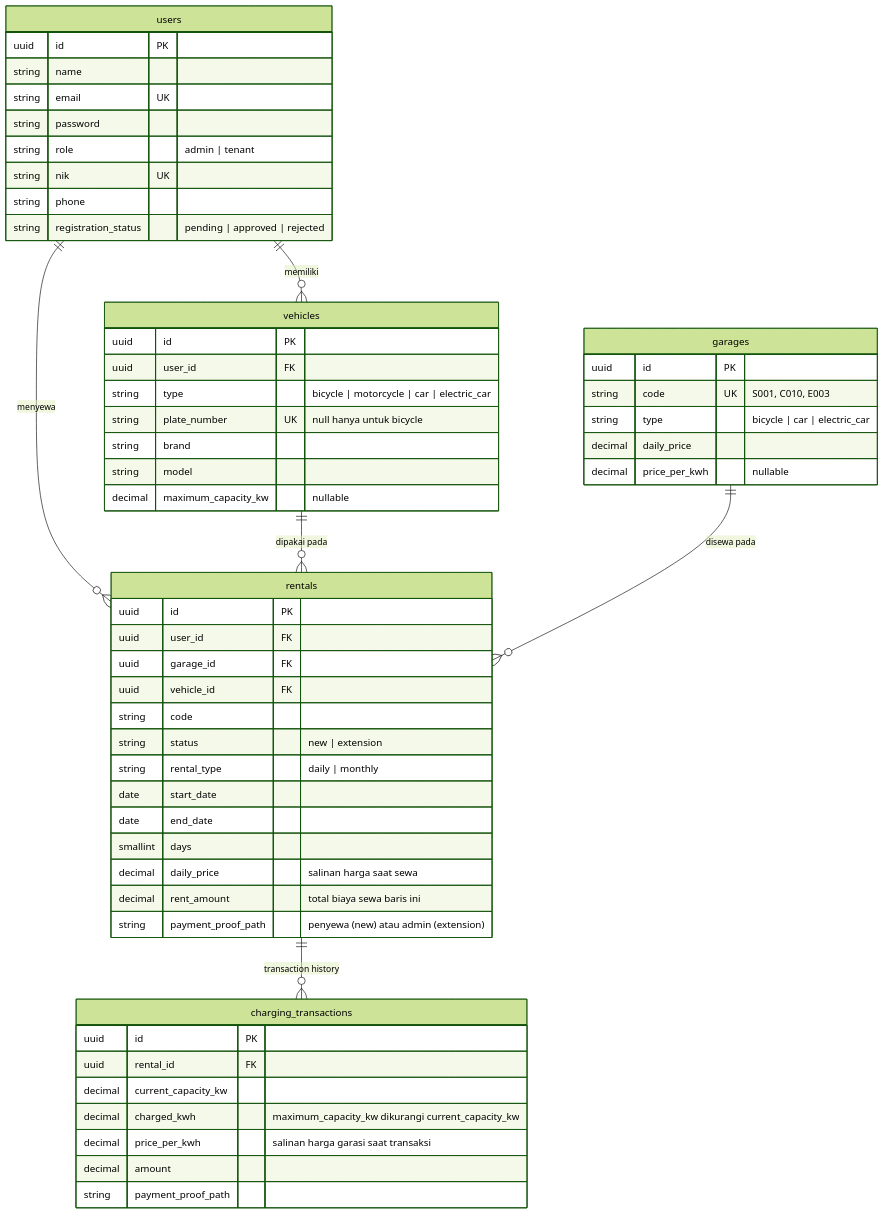
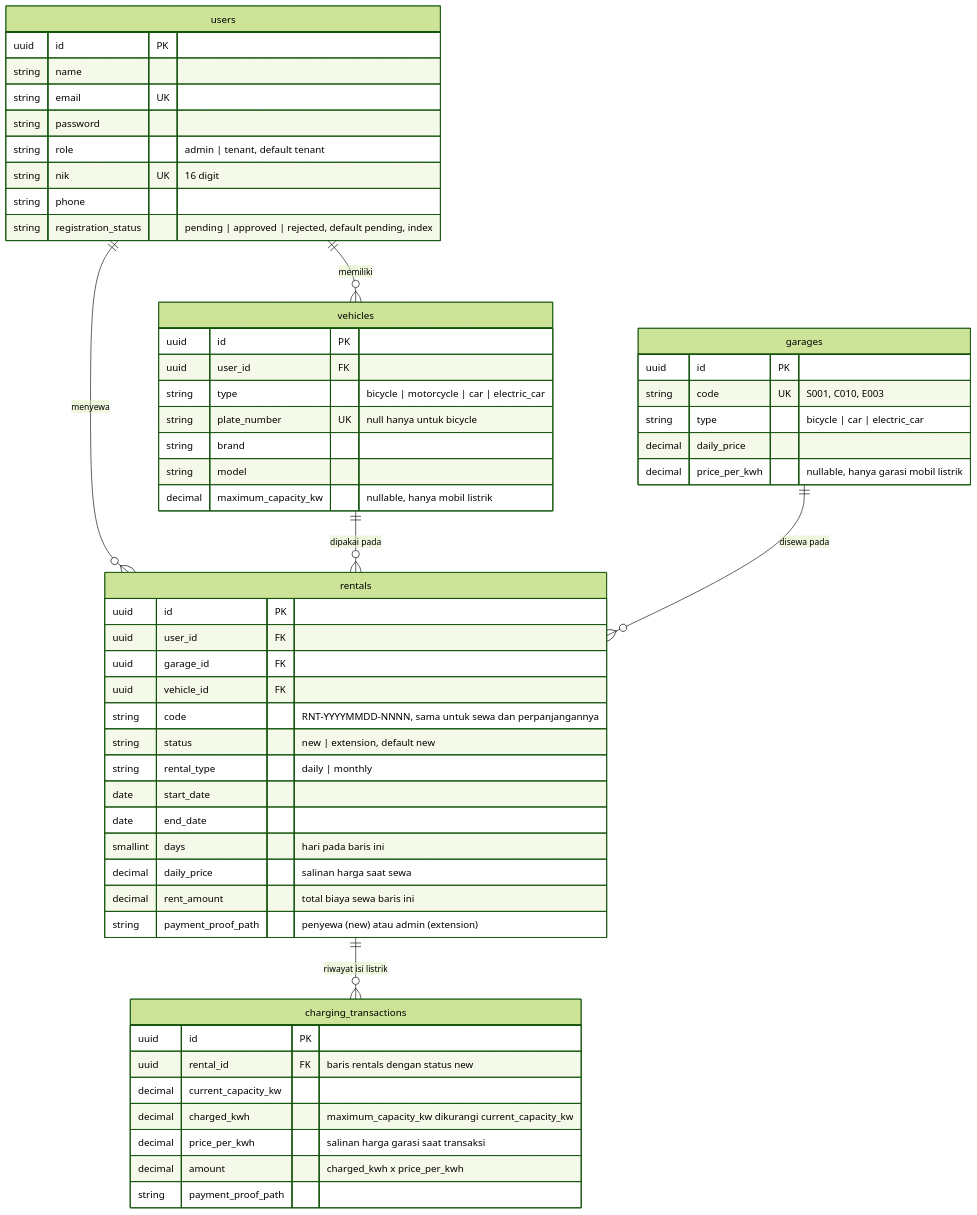
One commit to davetanjung/sertifikasi changed the diagram in docs/erd.md. Above: the diagram before and after it, drawn with Mermaid (forest theme). The commit also changed other lines of this file and 20 other files, not shown here.

````diff
--- a/docs/erd.md
+++ b/docs/erd.md
@@ -3,63 +3,63 @@
 ```mermaid
 erDiagram
     users ||--o{ vehicles : "memiliki"
     users ||--o{ rentals : "menyewa"
     vehicles ||--o{ rentals : "dipakai pada"
     garages ||--o{ rentals : "disewa pada"
-    rentals ||--o{ charging_transactions : "transaction history"
+    rentals ||--o{ charging_transactions : "riwayat isi listrik"
 
     users {
         uuid id PK
         string name
         string email UK
         string password
-        string role "admin | tenant"
-        string nik UK
+        string role "admin | tenant, default tenant"
+        string nik UK "16 digit"
         string phone
-        string registration_status "pending | approved | rejected"
+        string registration_status "pending | approved | rejected, default pending, index"
     }
 
     vehicles {
         uuid id PK
         uuid user_id FK
         string type "bicycle | motorcycle | car | electric_car"
         string plate_number UK "null hanya untuk bicycle"
         string brand
         string model
-        decimal maximum_capacity_kw "nullable"
+        decimal maximum_capacity_kw "nullable, hanya mobil listrik"
     }
 
     garages {
         uuid id PK
         string code UK "S001, C010, E003"
         string type "bicycle | car | electric_car"
         decimal daily_price
-        decimal price_per_kwh "nullable"
+        decimal price_per_kwh "nullable, hanya garasi mobil listrik"
     }
 
     rentals {
         uuid id PK
         uuid user_id FK
         uuid garage_id FK
         uuid vehicle_id FK
-        string code 
-        string status "new | extension"
+        string code "RNT-YYYYMMDD-NNNN, sama untuk sewa dan perpanjangannya"
+        string status "new | extension, default new"
         string rental_type "daily | monthly"
         date start_date
         date end_date
-        smallint days
+        smallint days "hari pada baris ini"
         decimal daily_price "salinan harga saat sewa"
         decimal rent_amount "total biaya sewa baris ini"
         string payment_proof_path "penyewa (new) atau admin (extension)"
     }
 
     charging_transactions {
         uuid id PK
-        uuid rental_id FK
+        uuid rental_id FK "baris rentals dengan status new"
         decimal current_capacity_kw
         decimal charged_kwh "maximum_capacity_kw dikurangi current_capacity_kw"
         decimal price_per_kwh "salinan harga garasi saat transaksi"
-        decimal amount
-        string payment_proof_path 
+        decimal amount "charged_kwh x price_per_kwh"
+        string payment_proof_path
     }
 ```
````
